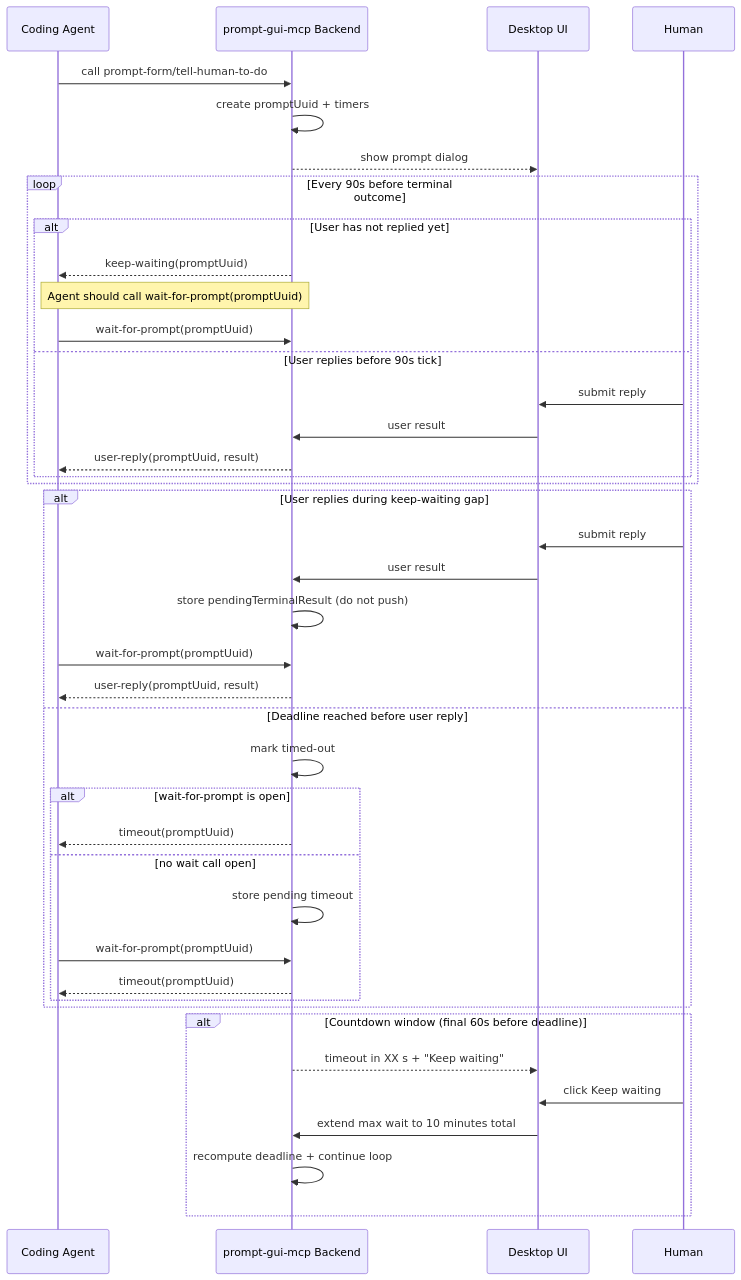
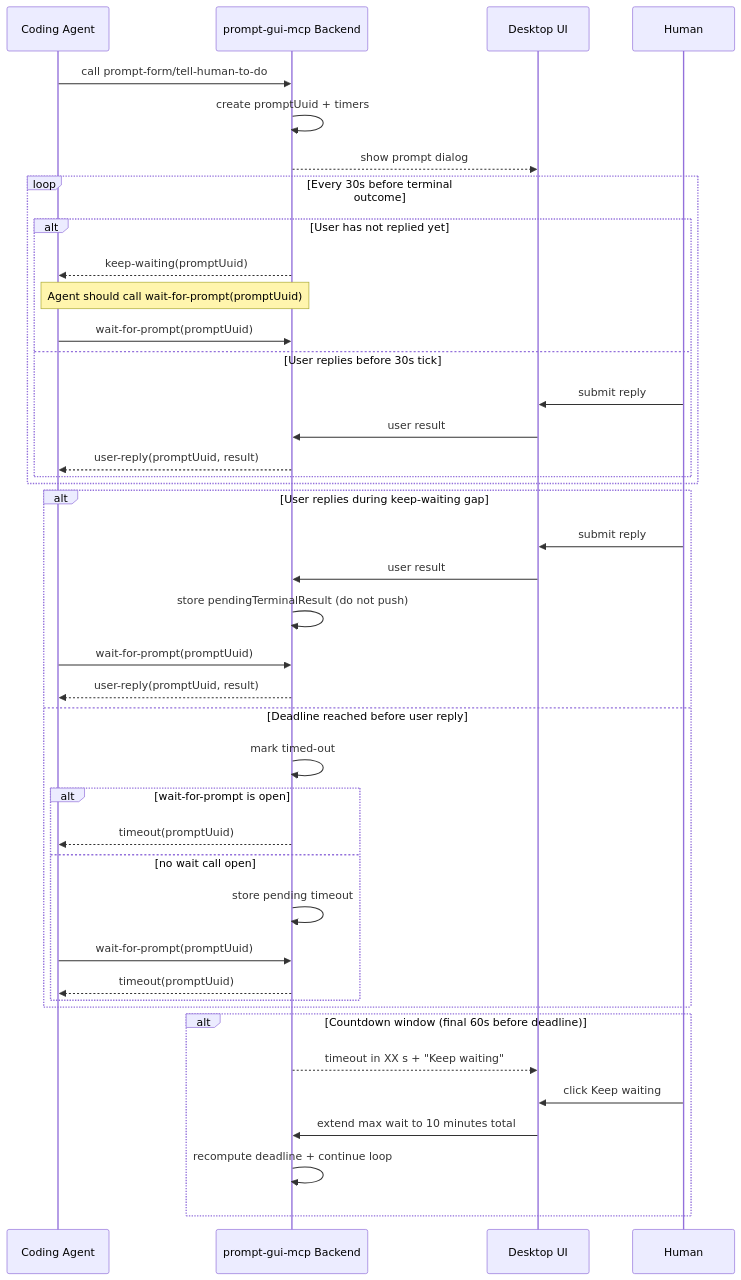
The diagram in docs/timeout.md (royhcj/prompt-gui-mcp), drawn with Mermaid before and after one commit. The commit also changed other lines of this file and 3 other files, not shown here.

````diff
--- a/docs/timeout.md
+++ b/docs/timeout.md
@@ -146,47 +146,47 @@
 ```mermaid
 sequenceDiagram
   participant Agent as Coding Agent
   participant Backend as prompt-gui-mcp Backend
   participant UI as Desktop UI
   participant User as Human
 
   Agent->>Backend: call prompt-form/tell-human-to-do
   Backend->>Backend: create promptUuid + timers
   Backend-->>UI: show prompt dialog
 
-  loop Every 90s before terminal outcome
+  loop Every 30s before terminal outcome
     alt User has not replied yet
       Backend-->>Agent: keep-waiting(promptUuid)
       Note over Agent,Backend: Agent should call wait-for-prompt(promptUuid)
       Agent->>Backend: wait-for-prompt(promptUuid)
-    else User replies before 90s tick
+    else User replies before 30s tick
       User->>UI: submit reply
       UI->>Backend: user result
       Backend-->>Agent: user-reply(promptUuid, result)
     end
   end
 
   alt User replies during keep-waiting gap
     User->>UI: submit reply
     UI->>Backend: user result
     Backend->>Backend: store pendingTerminalResult (do not push)
     Agent->>Backend: wait-for-prompt(promptUuid)
     Backend-->>Agent: user-reply(promptUuid, result)
   else Deadline reached before user reply
     Backend->>Backend: mark timed-out
     alt wait-for-prompt is open
       Backend-->>Agent: timeout(promptUuid)
     else no wait call open
       Backend->>Backend: store pending timeout
       Agent->>Backend: wait-for-prompt(promptUuid)
       Backend-->>Agent: timeout(promptUuid)
     end
   end
 
   alt Countdown window (final 60s before deadline)
     Backend-->>UI: timeout in XX s + "Keep waiting"
     User->>UI: click Keep waiting
     UI->>Backend: extend max wait to 10 minutes total
     Backend->>Backend: recompute deadline + continue loop
   end
 ```
````
